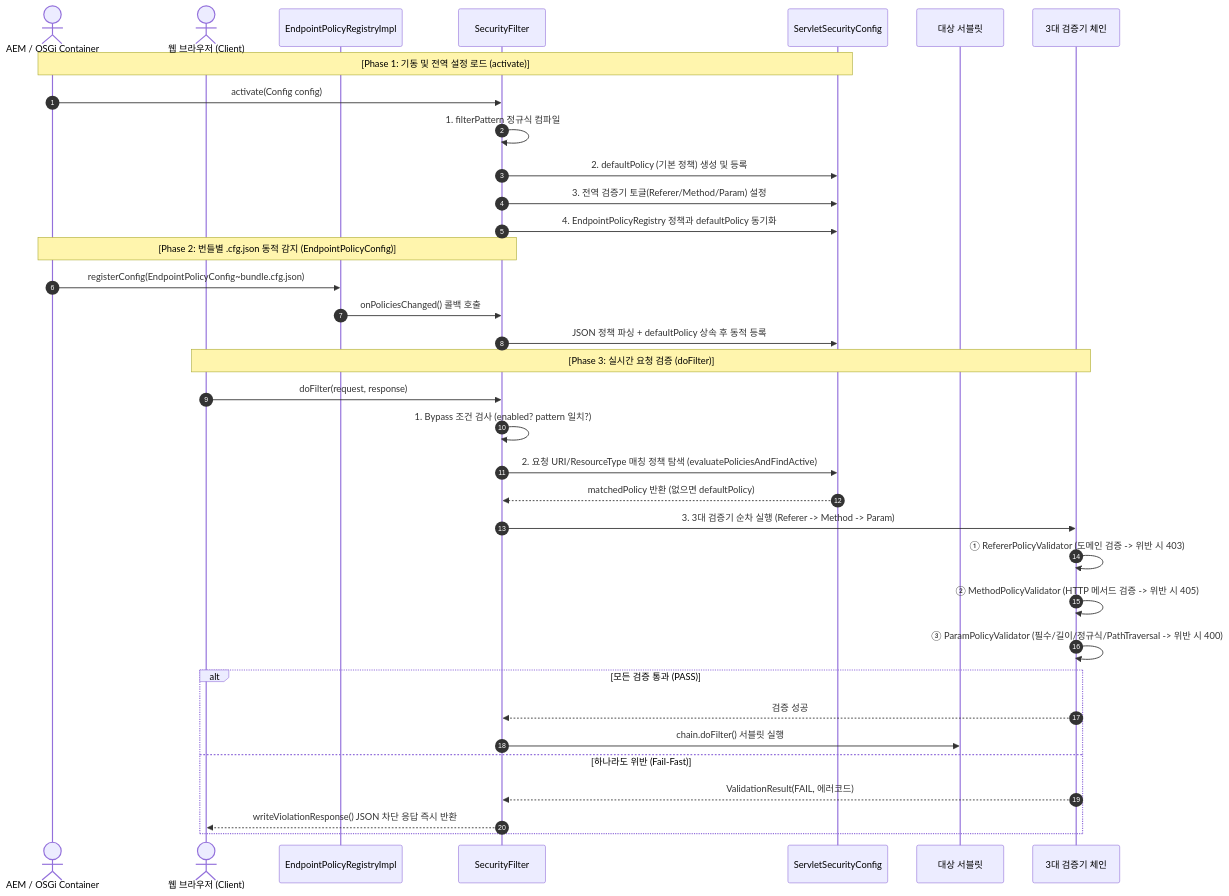
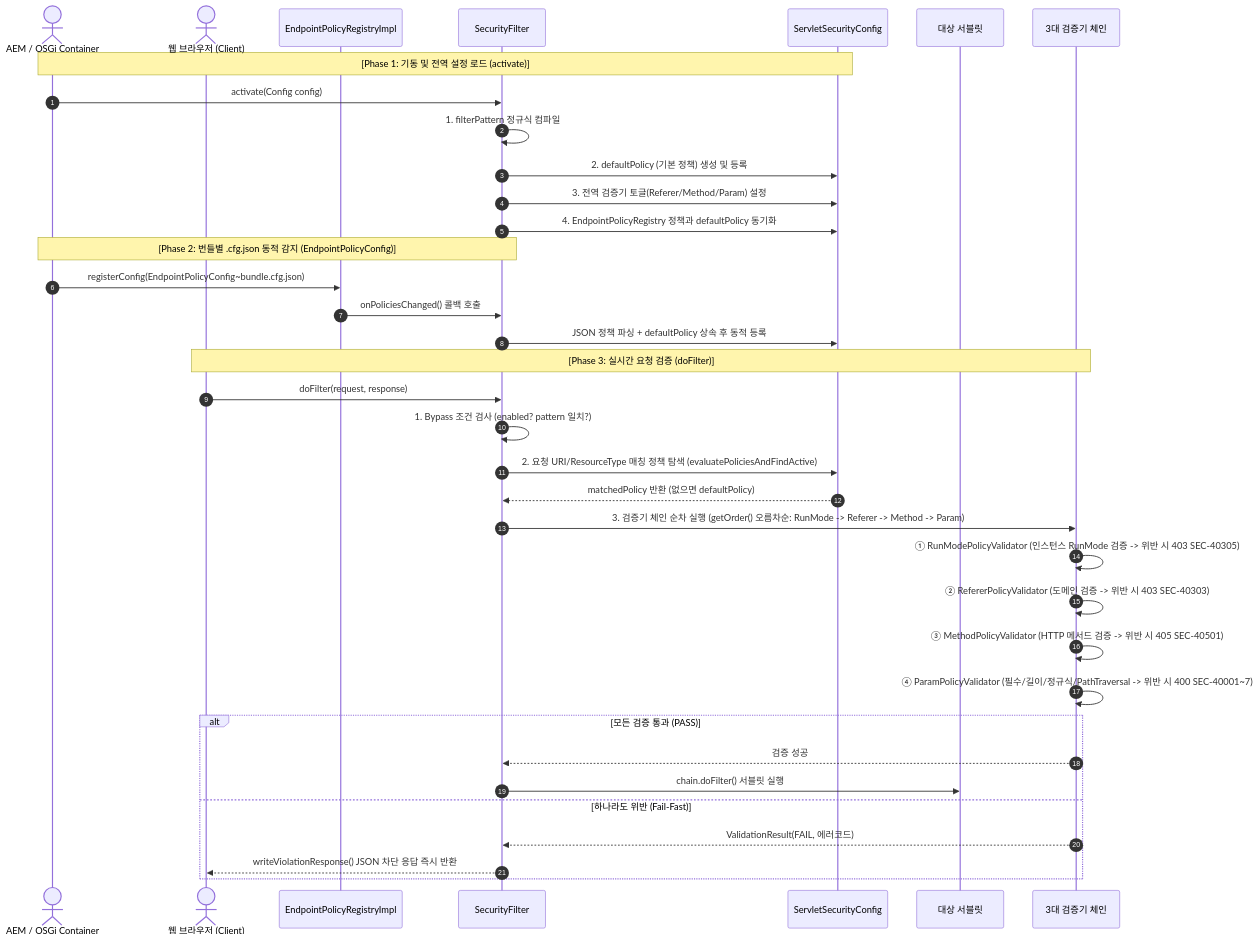
The first of 2 diagrams in README.md (suafafa/security-simple), drawn with Mermaid before and after one commit. The commit also changed other lines of this file and 15 other files, not shown here.

Commit message:
feat: Add pluggable PolicyValidator architecture with AbstractPolicyValidator, RunModePolicyValidator, and updated docs/PPT

````diff
--- a/README.md
+++ b/README.md
@@ -33,42 +35,43 @@
 ```mermaid
 sequenceDiagram
     autonumber
     actor OSGi as AEM / OSGi Container
     actor Client as 웹 브라우저 (Client)
     participant Registry as EndpointPolicyRegistryImpl
     participant Filter as SecurityFilter
     participant Config as ServletSecurityConfig
     participant Servlet as 대상 서블릿
     participant Chain as 3대 검증기 체인
 
     Note over OSGi, Config: [Phase 1: 기동 및 전역 설정 로드 (activate)]
     OSGi->>Filter: activate(Config config)
     Filter->>Filter: 1. filterPattern 정규식 컴파일
     Filter->>Config: 2. defaultPolicy (기본 정책) 생성 및 등록
     Filter->>Config: 3. 전역 검증기 토글(Referer/Method/Param) 설정
     Filter->>Config: 4. EndpointPolicyRegistry 정책과 defaultPolicy 동기화
 
     Note over OSGi, Filter: [Phase 2: 번들별 .cfg.json 동적 감지 (EndpointPolicyConfig)]
     OSGi->>Registry: registerConfig(EndpointPolicyConfig~bundle.cfg.json)
     Registry->>Filter: onPoliciesChanged() 콜백 호출
     Filter->>Config: JSON 정책 파싱 + defaultPolicy 상속 후 동적 등록
 
     Note over Client, Chain: [Phase 3: 실시간 요청 검증 (doFilter)]
     Client->>Filter: doFilter(request, response)
     Filter->>Filter: 1. Bypass 조건 검사 (enabled? pattern 일치?)
     Filter->>Config: 2. 요청 URI/ResourceType 매칭 정책 탐색 (evaluatePoliciesAndFindActive)
     Config-->>Filter: matchedPolicy 반환 (없으면 defaultPolicy)
 
-    Filter->>Chain: 3. 3대 검증기 순차 실행 (Referer -> Method -> Param)
-    Chain->>Chain: ① RefererPolicyValidator (도메인 검증 -> 위반 시 403)
-    Chain->>Chain: ② MethodPolicyValidator (HTTP 메서드 검증 -> 위반 시 405)
-    Chain->>Chain: ③ ParamPolicyValidator (필수/길이/정규식/PathTraversal -> 위반 시 400)
+    Filter->>Chain: 3. 검증기 체인 순차 실행 (getOrder() 오름차순: RunMode -> Referer -> Method -> Param)
+    Chain->>Chain: ① RunModePolicyValidator (인스턴스 RunMode 검증 -> 위반 시 403 SEC-40305)
+    Chain->>Chain: ② RefererPolicyValidator (도메인 검증 -> 위반 시 403 SEC-40303)
+    Chain->>Chain: ③ MethodPolicyValidator (HTTP 메서드 검증 -> 위반 시 405 SEC-40501)
+    Chain->>Chain: ④ ParamPolicyValidator (필수/길이/정규식/PathTraversal -> 위반 시 400 SEC-40001~7)
 
     alt 모든 검증 통과 (PASS)
         Chain-->>Filter: 검증 성공
         Filter->>Servlet: chain.doFilter() 서블릿 실행
     else 하나라도 위반 (Fail-Fast)
         Chain-->>Filter: ValidationResult(FAIL, 에러코드)
         Filter-->>Client: writeViolationResponse() JSON 차단 응답 즉시 반환
     end
 ```
````
